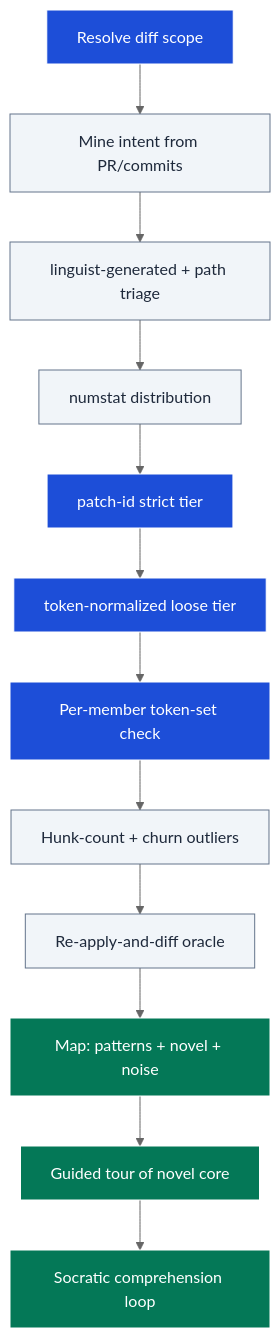
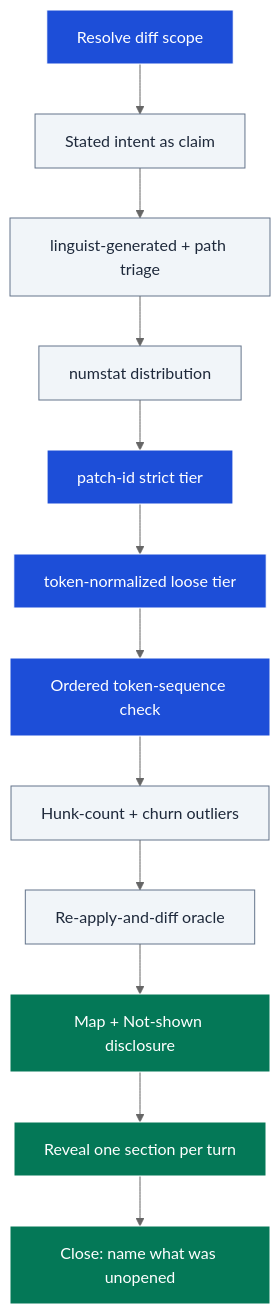
Before and after one commit to neozenith/agentic-dotfiles: the second of 2 diagrams in skills/prwalkthrough/README.md, drawn with Mermaid (neutral theme). The commit also changed other lines of this file and 19 other files, not shown here.

````diff
--- a/skills/prwalkthrough/README.md
+++ b/skills/prwalkthrough/README.md
@@ -82,21 +82,21 @@
 ```mermaid
 flowchart TD
-    A[Resolve diff scope] --> B[Mine intent from PR/commits]
+    A[Resolve diff scope] --> B[Stated intent as claim]
     B --> C[linguist-generated + path triage]
     C --> D[numstat distribution]
     D --> E[patch-id strict tier]
     E --> G[token-normalized loose tier]
-    G --> H[Per-member token-set check]
+    G --> H[Ordered token-sequence check]
     H --> I[Hunk-count + churn outliers]
     I --> J[Re-apply-and-diff oracle]
-    J --> K[Map: patterns + novel + noise]
-    K --> M[Guided tour of novel core]
-    M --> Q[Socratic comprehension loop]
+    J --> K[Map + Not-shown disclosure]
+    K --> M[Reveal one section per turn]
+    M --> Q[Close: name what was unopened]
 
     classDef primary fill:#1d4ed8,stroke:#fff,color:#fff
     classDef secondary fill:#f1f5f9,stroke:#64748b,color:#1e293b
     classDef accent fill:#047857,stroke:#fff,color:#fff
     class A,E,G,H primary
     class B,C,D,I,J secondary
     class K,M,Q accent
 ```
````
